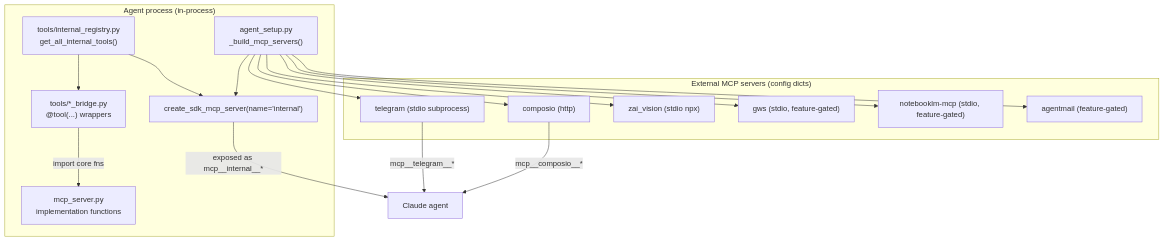
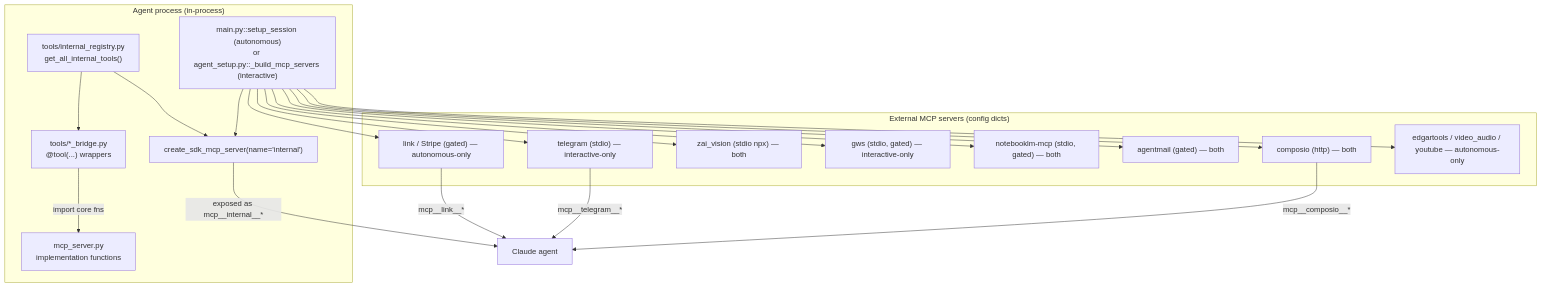
One commit to Kjdragan/universal_agent changed the diagram in project_docs/07_tools/01_mcp_server_and_tools.md. Above: the diagram before and after it, drawn with Mermaid. The commit also changed other lines of this file and 34 other files, not shown here.

````diff
--- a/project_docs/07_tools/01_mcp_server_and_tools.md
+++ b/project_docs/07_tools/01_mcp_server_and_tools.md
@@ -54,33 +125,38 @@
 ```mermaid
 flowchart TD
     subgraph AgentProc["Agent process (in-process)"]
-        AS["agent_setup.py\n_build_mcp_servers()"]
+        AS["main.py::setup_session (autonomous)\nor agent_setup.py::_build_mcp_servers (interactive)"]
         REG["tools/internal_registry.py\nget_all_internal_tools()"]
         SDK["create_sdk_mcp_server(name='internal')"]
         AS --> SDK
         REG --> SDK
         BR["tools/*_bridge.py\n@tool(...) wrappers"]
         REG --> BR
         BR -->|import core fns| CORE["mcp_server.py\nimplementation functions"]
     end
 
     SDK -->|exposed as mcp__internal__*| AGENT["Claude agent"]
 
     subgraph External["External MCP servers (config dicts)"]
-        COMPOSIO["composio (http)"]
-        TG["telegram (stdio subprocess)"]
-        ZAI["zai_vision (stdio npx)"]
-        GWS["gws (stdio, feature-gated)"]
-        NLM["notebooklm-mcp (stdio, feature-gated)"]
-        AM["agentmail (feature-gated)"]
+        COMPOSIO["composio (http) — both"]
+        TG["telegram (stdio) — interactive-only"]
+        ZAI["zai_vision (stdio npx) — both"]
+        GWS["gws (stdio, gated) — interactive-only"]
+        NLM["notebooklm-mcp (stdio, gated) — both"]
+        AM["agentmail (gated) — both"]
+        LINK["link / Stripe (gated) — autonomous-only"]
+        AUTO["edgartools / video_audio / youtube — autonomous-only"]
     end
 
     AS --> COMPOSIO
     AS --> TG
     AS --> ZAI
     AS --> GWS
     AS --> NLM
     AS --> AM
+    AS --> LINK
+    AS --> AUTO
     COMPOSIO -->|mcp__composio__*| AGENT
     TG -->|mcp__telegram__*| AGENT
+    LINK -->|mcp__link__*| AGENT
 ```
````
